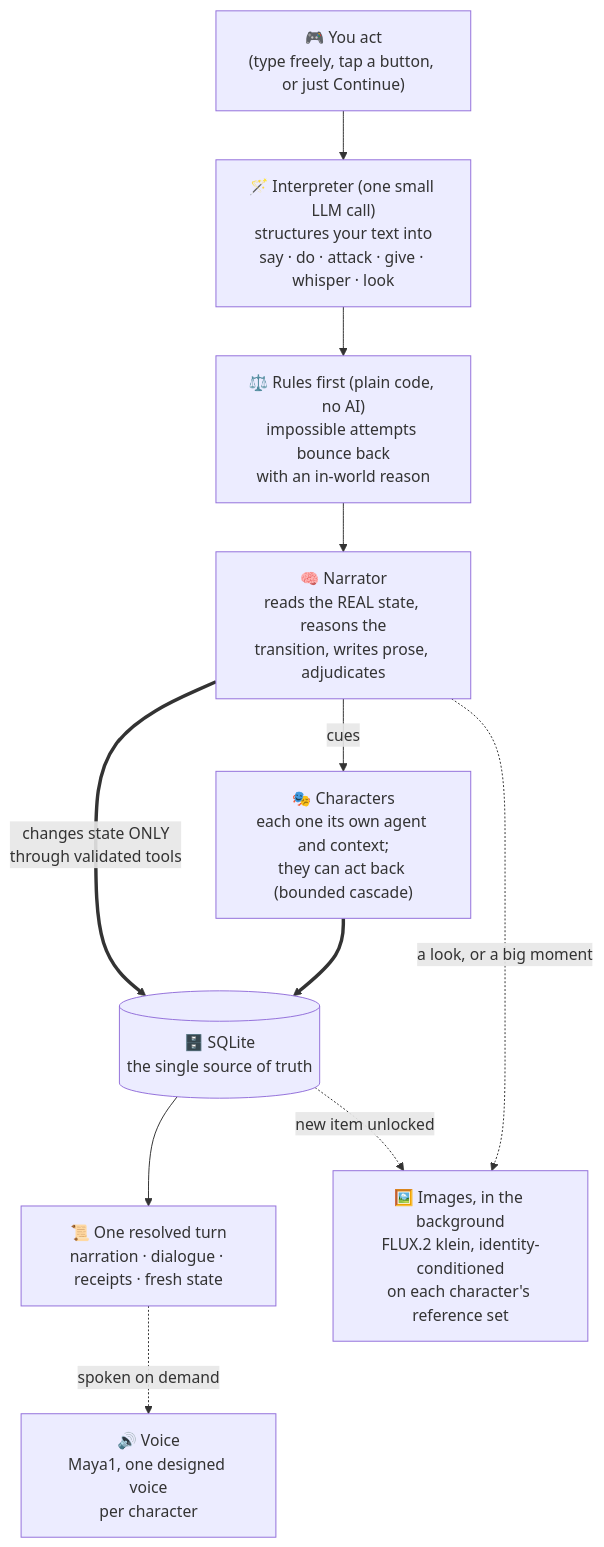
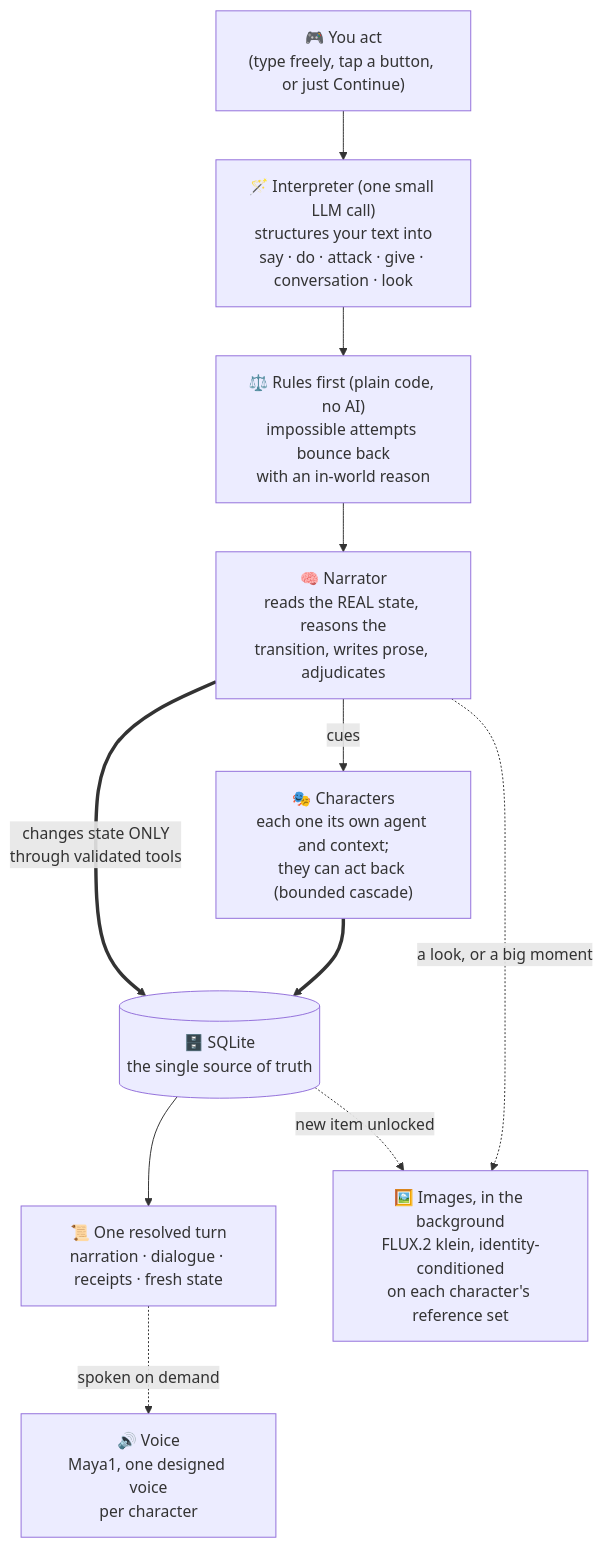
Before and after one commit to hec-ovi/gamentic: the diagram in README.md, drawn with Mermaid. The commit also changed other lines of this file and 1 other file, not shown here.

Commit message:
docs: the README reads as shipped: stable badge, real test counts, honest voice timing, the conversation token in the turn diagram, the plan docs retired

````diff
--- a/README.md
+++ b/README.md
@@ -36,14 +36,14 @@
 ```mermaid
 flowchart TD
     P["🎮 You act<br>(type freely, tap a button, or just Continue)"]
-    P --> INT["🪄 Interpreter (one small LLM call)<br>structures your text into<br>say · do · attack · give · whisper · look"]
+    P --> INT["🪄 Interpreter (one small LLM call)<br>structures your text into<br>say · do · attack · give · conversation · look"]
     INT --> ADJ["⚖️ Rules first (plain code, no AI)<br>impossible attempts bounce back<br>with an in-world reason"]
     ADJ --> NAR["🧠 Narrator<br>reads the REAL state, reasons the<br>transition, writes prose, adjudicates"]
     NAR == "changes state ONLY<br>through validated tools" ==> DB[("🗄️ SQLite<br>the single source of truth")]
     NAR -- "cues" --> CH["🎭 Characters<br>each one its own agent and context;<br>they can act back (bounded cascade)"]
     CH ==> DB
     DB --> OUT["📜 One resolved turn<br>narration · dialogue · receipts · fresh state"]
     NAR -. "a look, or a big moment" .-> ART["🖼️ Images, in the background<br>FLUX.2 klein, identity-conditioned<br>on each character's reference set"]
     DB -. "new item unlocked" .-> ART
     OUT -. "spoken on demand" .-> VOICE["🔊 Voice<br>Maya1, one designed voice<br>per character"]
 ```
````
